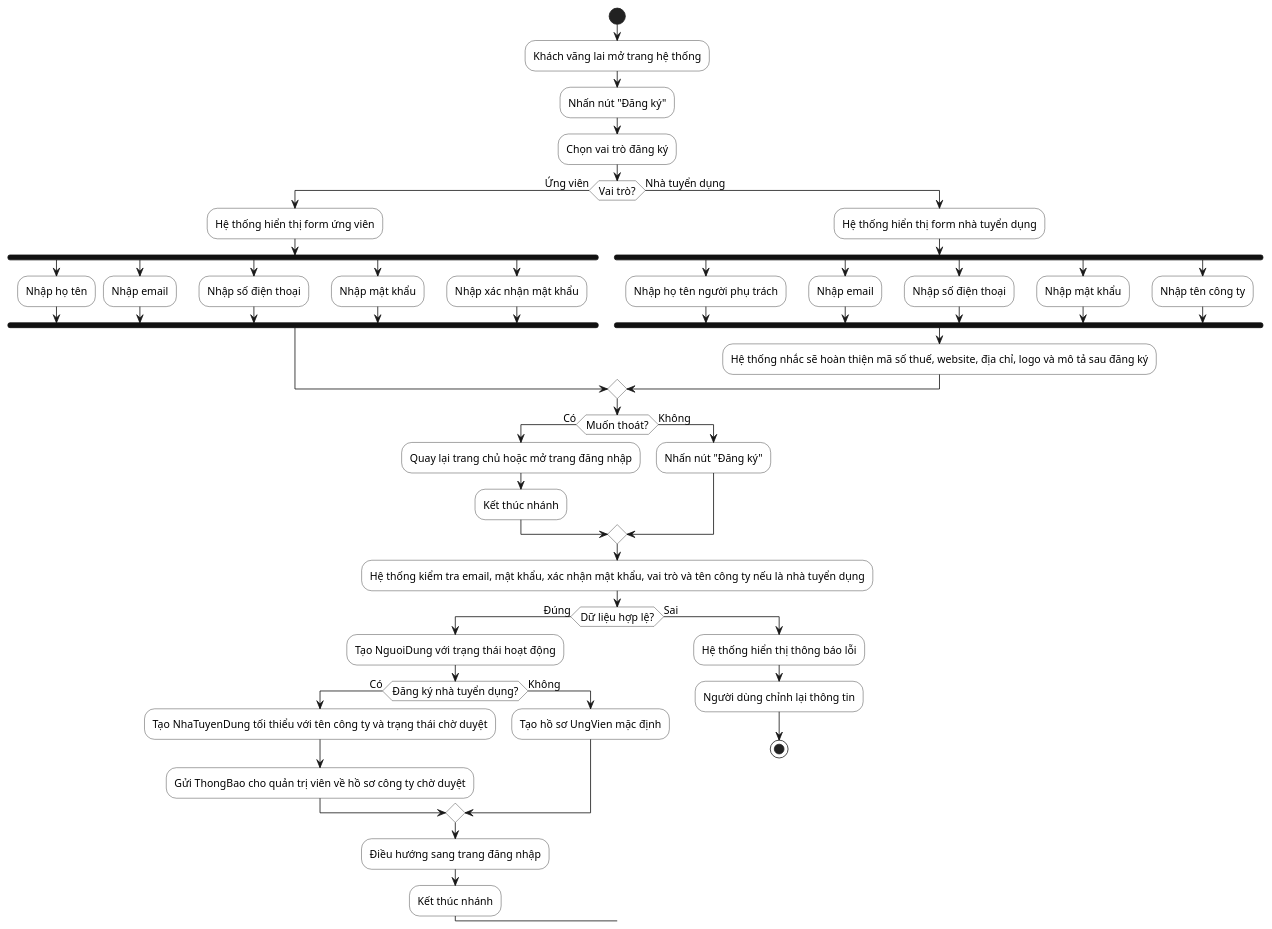
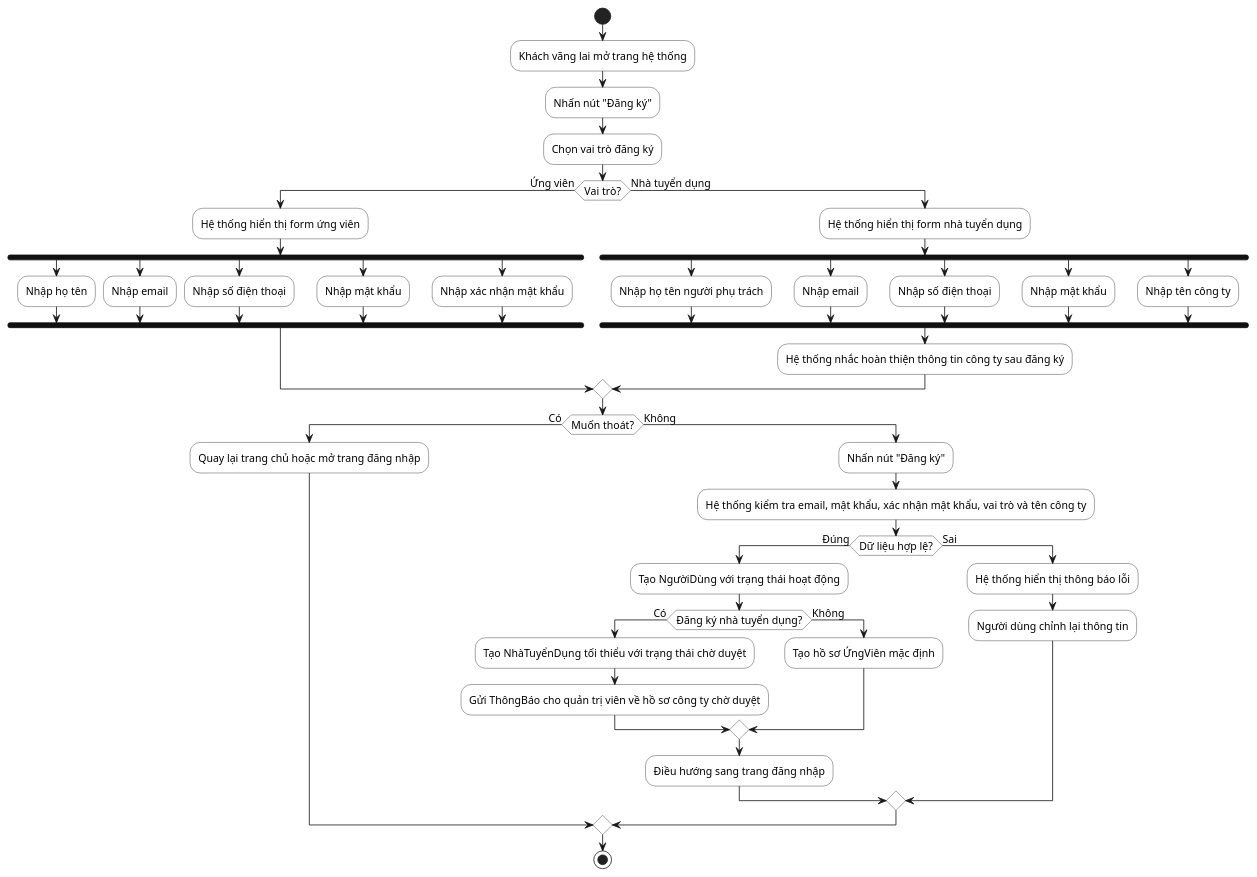
One commit to hole-six/DoAn changed the diagram in docs/so-do/02-activity/01-activity-dang-ky-tai-khoan.puml. Above: the diagram before and after it, drawn with PlantUML. The commit also changed 1039 other files, not shown here.

```diff
--- a/docs/so-do/02-activity/01-activity-dang-ky-tai-khoan.puml
+++ b/docs/so-do/02-activity/01-activity-dang-ky-tai-khoan.puml
@@ -1,67 +1,65 @@
 @startuml
 skinparam defaultFontName "Segoe UI"
 skinparam defaultFontSize 13
 skinparam shadowing false
 skinparam linetype ortho
 skinparam activity {
   BackgroundColor White
   BorderColor #222222
   DiamondBackgroundColor White
   DiamondBorderColor #222222
   BarColor #111111
 }
 start
 :Khách vãng lai mở trang hệ thống;
 :Nhấn nút "Đăng ký";
 :Chọn vai trò đăng ký;
 if (Vai trò?) then (Ứng viên)
   :Hệ thống hiển thị form ứng viên;
   fork
     :Nhập họ tên;
   fork again
     :Nhập email;
   fork again
     :Nhập số điện thoại;
   fork again
     :Nhập mật khẩu;
   fork again
     :Nhập xác nhận mật khẩu;
   end fork
 else (Nhà tuyển dụng)
   :Hệ thống hiển thị form nhà tuyển dụng;
   fork
     :Nhập họ tên người phụ trách;
   fork again
     :Nhập email;
   fork again
     :Nhập số điện thoại;
   fork again
     :Nhập mật khẩu;
   fork again
     :Nhập tên công ty;
   end fork
-  :Hệ thống nhắc sẽ hoàn thiện mã số thuế, website, địa chỉ, logo và mô tả sau đăng ký;
+  :Hệ thống nhắc hoàn thiện thông tin công ty sau đăng ký;
 endif
 if (Muốn thoát?) then (Có)
   :Quay lại trang chủ hoặc mở trang đăng nhập;
-  :Kết thúc nhánh;
 else (Không)
   :Nhấn nút "Đăng ký";
+  :Hệ thống kiểm tra email, mật khẩu, xác nhận mật khẩu, vai trò và tên công ty;
+  if (Dữ liệu hợp lệ?) then (Đúng)
+    :Tạo NgườiDùng với trạng thái hoạt động;
+    if (Đăng ký nhà tuyển dụng?) then (Có)
+      :Tạo NhàTuyểnDụng tối thiểu với trạng thái chờ duyệt;
+      :Gửi ThôngBáo cho quản trị viên về hồ sơ công ty chờ duyệt;
+    else (Không)
+      :Tạo hồ sơ ỨngViên mặc định;
+    endif
+    :Điều hướng sang trang đăng nhập;
+  else (Sai)
+    :Hệ thống hiển thị thông báo lỗi;
+    :Người dùng chỉnh lại thông tin;
+  endif
 endif
-:Hệ thống kiểm tra email, mật khẩu, xác nhận mật khẩu, vai trò và tên công ty nếu là nhà tuyển dụng;
-if (Dữ liệu hợp lệ?) then (Đúng)
-  :Tạo NguoiDung với trạng thái hoạt động;
-  if (Đăng ký nhà tuyển dụng?) then (Có)
-    :Tạo NhaTuyenDung tối thiểu với tên công ty và trạng thái chờ duyệt;
-    :Gửi ThongBao cho quản trị viên về hồ sơ công ty chờ duyệt;
-  else (Không)
-    :Tạo hồ sơ UngVien mặc định;
-  endif
-  :Điều hướng sang trang đăng nhập;
-  :Kết thúc nhánh;
-else (Sai)
-  :Hệ thống hiển thị thông báo lỗi;
-  :Người dùng chỉnh lại thông tin;
-  stop
-endif
+stop
 @enduml
```
